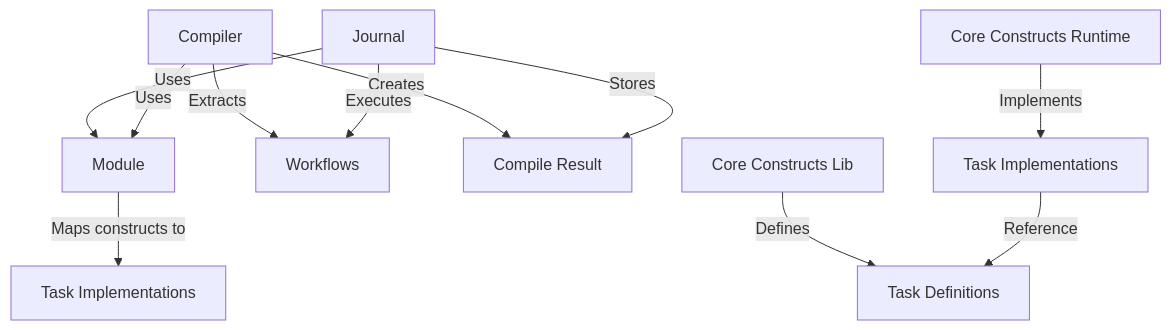
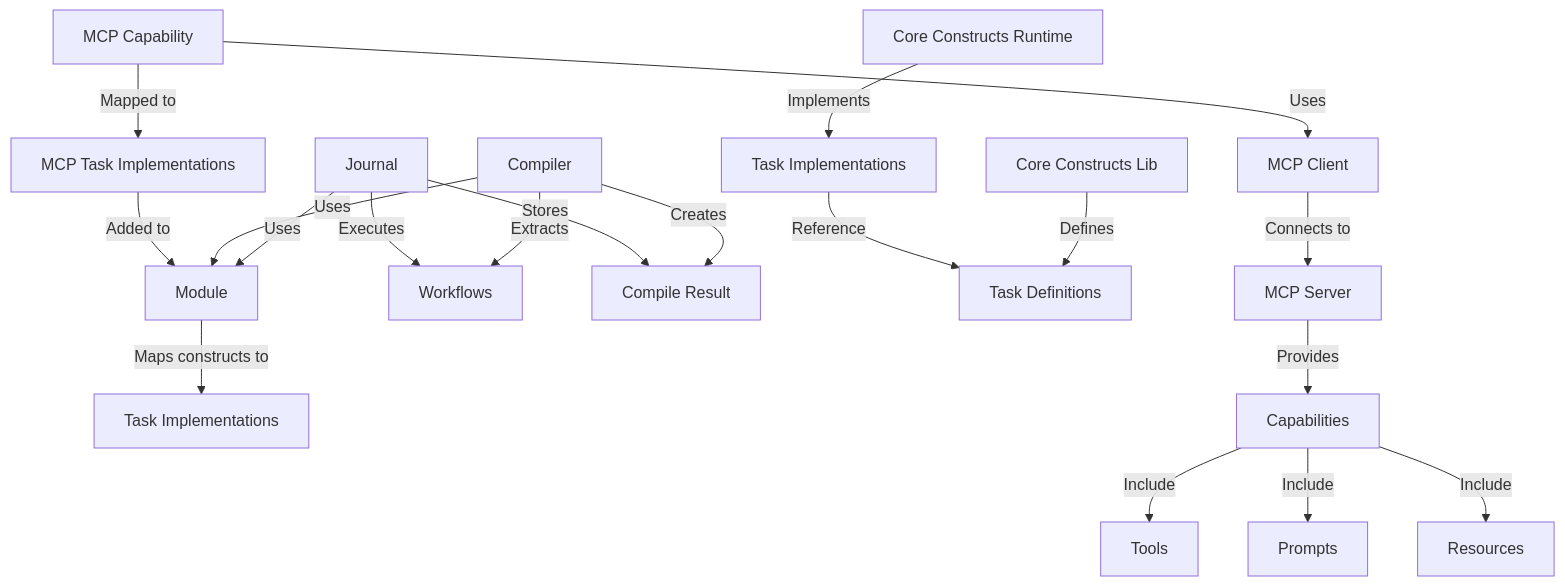
The third of 3 diagrams in memory-bank/systemPatterns.md (liamzdenek/ferment-ai), drawn with Mermaid before and after one commit. The commit also changed other lines of this file and 4 other files, not shown here.

````diff
--- a/memory-bank/systemPatterns.md
+++ b/memory-bank/systemPatterns.md
@@ -69,14 +94,26 @@
 ```mermaid
 graph TD
     Module[Module] -->|Maps constructs to| TaskImpl[Task Implementations]
     Journal[Journal] -->|Uses| Module
     Compiler[Compiler] -->|Uses| Module
     Compiler -->|Extracts| Workflow[Workflows]
     Compiler -->|Creates| CompileResult[Compile Result]
     Journal -->|Stores| CompileResult
     Journal -->|Executes| Workflow
     
     CoreConstructsLib[Core Constructs Lib] -->|Defines| TaskDefs[Task Definitions]
     CoreConstructsRuntime[Core Constructs Runtime] -->|Implements| TaskImpls[Task Implementations]
     TaskImpls -->|Reference| TaskDefs
+    
+    %% MCP Components
+    MCPCapability[MCP Capability] -->|Uses| MCPClient[MCP Client]
+    MCPClient -->|Connects to| MCPServer[MCP Server]
+    MCPServer -->|Provides| Capabilities[Capabilities]
+    Capabilities -->|Include| Tools[Tools]
+    Capabilities -->|Include| Prompts[Prompts]
+    Capabilities -->|Include| Resources[Resources]
+    
+    %% Integration with Module System
+    MCPCapability -->|Mapped to| MCPTaskImpls[MCP Task Implementations]
+    MCPTaskImpls -->|Added to| Module
 ```
````
